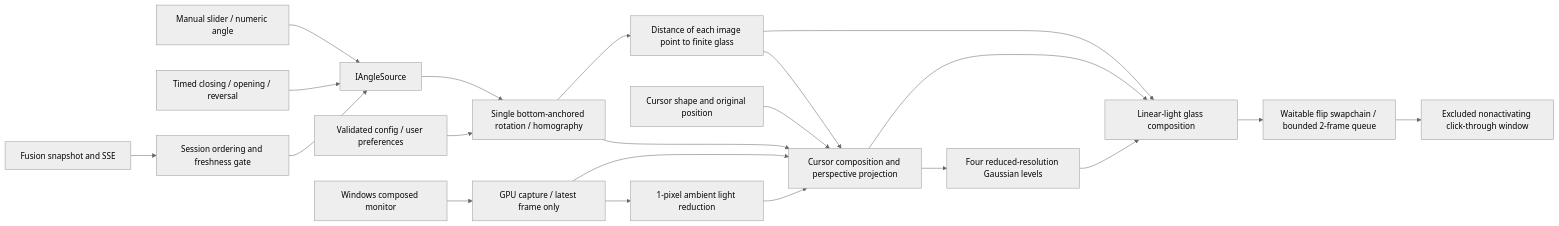
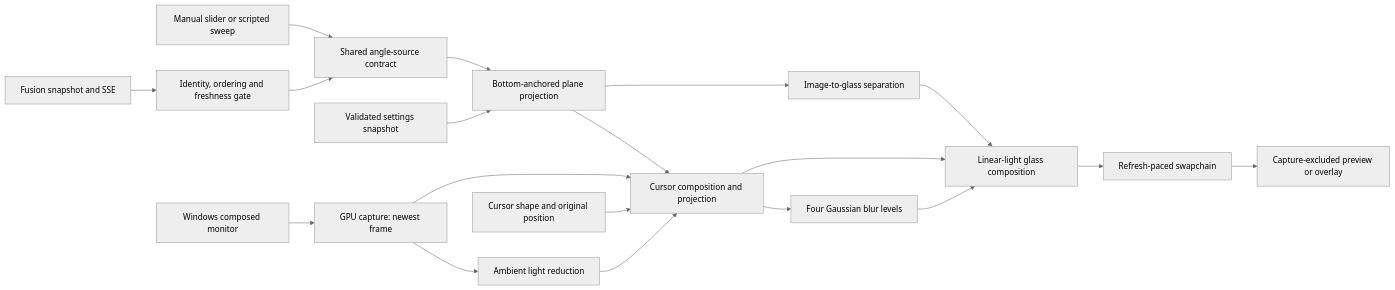
Before and after one commit to Comb1e/windows-turn: the first of 3 diagrams in renderer/docs/architecture.md, drawn with Mermaid (neutral theme). The commit also changed other lines of this file and 10 other files, not shown here.

Commit message:
docs(architecture): align documentation with current workflows

````diff
--- a/renderer/docs/architecture.md
+++ b/renderer/docs/architecture.md
@@ -5,23 +7,21 @@
 ```mermaid
 flowchart LR
-  Manual[Manual slider / numeric angle] --> Source[IAngleSource]
-  Sweep[Timed closing / opening / reversal] --> Source
-  Fusion[Fusion snapshot and SSE] --> Gate[Session ordering and freshness gate]
-  Gate --> Source
-  Source --> Geometry[Single bottom-anchored rotation / homography]
-  Settings[Validated config / user preferences] --> Geometry
-  Desktop[Windows composed monitor] --> WGC[GPU capture / latest frame only]
-  WGC --> Light[1-pixel ambient light reduction]
-  WGC --> Warp[Cursor composition and perspective projection]
+  Manual[Manual slider or scripted sweep] --> Angle[Shared angle-source contract]
+  Fusion[Fusion snapshot and SSE] --> Gate[Identity, ordering and freshness gate]
+  Gate --> Angle
+  Settings[Validated settings snapshot] --> Geometry[Bottom-anchored plane projection]
+  Angle --> Geometry
+  Desktop[Windows composed monitor] --> Capture[GPU capture: newest frame]
+  Capture --> Ambient[Ambient light reduction]
+  Capture --> Warp[Cursor composition and projection]
   Cursor[Cursor shape and original position] --> Warp
   Geometry --> Warp
-  Light --> Warp
-  Geometry --> Gap[Distance of each image point to finite glass]
-  Gap --> Warp
-  Warp --> Blur[Four reduced-resolution Gaussian levels]
-  Blur --> Compose[Linear-light glass composition]
-  Warp --> Compose
-  Gap --> Compose
-  Compose --> Present[Waitable flip swapchain / bounded 2-frame queue]
-  Present --> Overlay[Excluded nonactivating click-through window]
+  Geometry --> Distance[Image-to-glass separation]
+  Ambient --> Warp
+  Warp --> Blur[Four Gaussian blur levels]
+  Warp --> Compose[Linear-light glass composition]
+  Blur --> Compose
+  Distance --> Compose
+  Compose --> Present[Refresh-paced swapchain]
+  Present --> Output[Capture-excluded preview or overlay]
 ```
````
